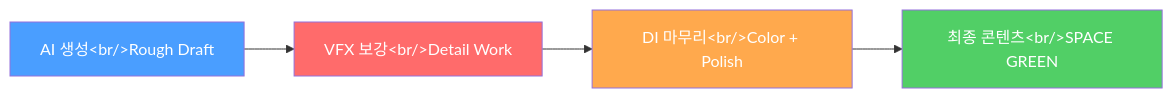
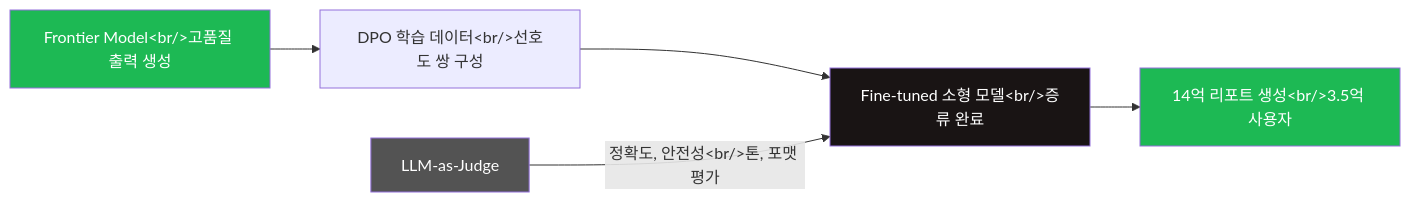
The second of 3 diagrams in content/posts/2026-03-24-tech-log.md (ice-ice-bear/ice-ice-bear.github.io), drawn with Mermaid before and after one commit. The commit also changed other lines of this file and 16 other files, not shown here.

````diff
--- a/content/posts/2026-03-24-tech-log.md
+++ b/content/posts/2026-03-24-tech-log.md
@@ -32,11 +115,13 @@
 ```mermaid
-flowchart LR
-    A["AI 생성&lt;br/&gt;Rough Draft"] --> B["VFX 보강&lt;br/&gt;Detail Work"]
-    B --> C["DI 마무리&lt;br/&gt;Color + Polish"]
-    C --> D["최종 콘텐츠&lt;br/&gt;SPACE GREEN"]
+graph LR
+    A["Frontier Model&lt;br/&gt;고품질 출력 생성"] --> B["DPO 학습 데이터&lt;br/&gt;선호도 쌍 구성"]
+    B --> C["Fine-tuned 소형 모델&lt;br/&gt;증류 완료"]
+    C --> D["14억 리포트 생성&lt;br/&gt;3.5억 사용자"]
 
-    style A fill:#4a9eff,color:#fff
-    style B fill:#ff6b6b,color:#fff
-    style C fill:#ffa94d,color:#fff
-    style D fill:#51cf66,color:#fff
+    E["LLM-as-Judge"] --> |"정확도, 안전성&lt;br/&gt;톤, 포맷 평가"| C
+
+    style A fill:#1DB954,color:#fff
+    style C fill:#191414,color:#fff
+    style D fill:#1DB954,color:#fff
+    style E fill:#535353,color:#fff
 ```
````
